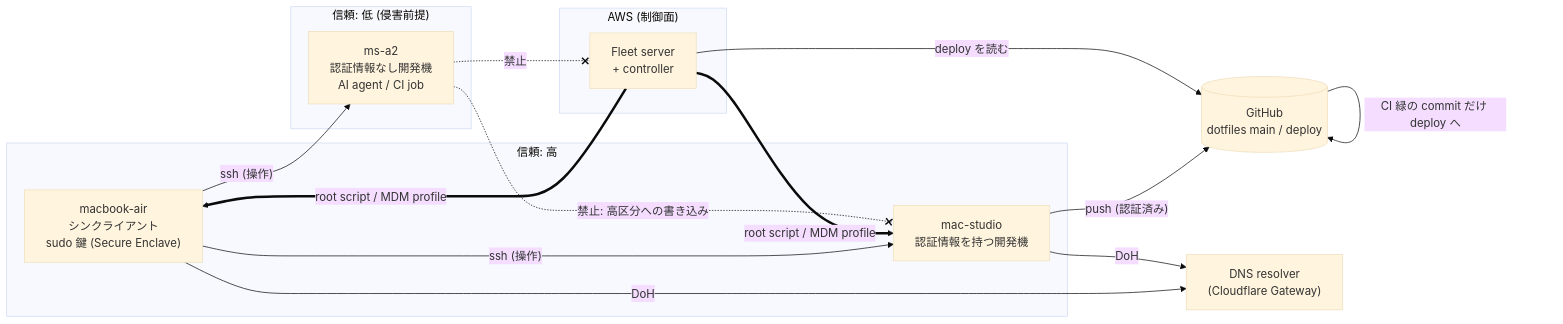
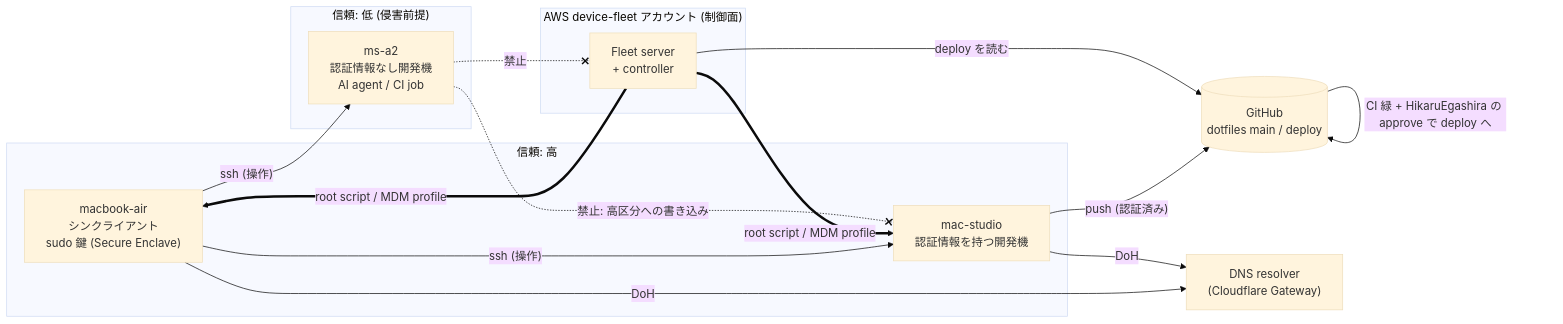
One commit to HikaruEgashira/dotfiles changed the diagram in docs/security/threat-model.md. Above: the diagram before and after it, drawn with Mermaid (base theme). The commit also changed other lines of this file and 4 other files, not shown here.

First line of the commit message:
feat(ci): deploy への昇格を environment deploy の approve で止める

````diff
--- a/docs/security/threat-model.md
+++ b/docs/security/threat-model.md
@@ -16,27 +16,27 @@
 ```mermaid
 flowchart LR
   subgraph high["信頼: 高"]
     air["macbook-air<br/>シンクライアント<br/>sudo 鍵 (Secure Enclave)"]
     studio["mac-studio<br/>認証情報を持つ開発機"]
   end
-  subgraph cloud["AWS (制御面)"]
+  subgraph cloud["AWS device-fleet アカウント (制御面)"]
     fleet["Fleet server<br/>+ controller"]
   end
   subgraph low["信頼: 低 (侵害前提)"]
     msa2["ms-a2<br/>認証情報なし開発機<br/>AI agent / CI job"]
   end
   gh[("GitHub<br/>dotfiles main / deploy")]
   dns["DNS resolver<br/>(Cloudflare Gateway)"]
 
   air -- "ssh (操作)" --> studio
   air -- "ssh (操作)" --> msa2
   studio -- "push (認証済み)" --> gh
-  gh -- "CI 緑の commit だけ deploy へ" --> gh
+  gh -- "CI 緑 + HikaruEgashira の approve で deploy へ" --> gh
   fleet -- "deploy を読む" --> gh
   fleet == "root script / MDM profile" ==> air
   fleet == "root script / MDM profile" ==> studio
   air -- "DoH" --> dns
   studio -- "DoH" --> dns
   msa2 -. "禁止: 高区分への書き込み" .-x studio
   msa2 -. "禁止" .-x fleet
 ```
````
